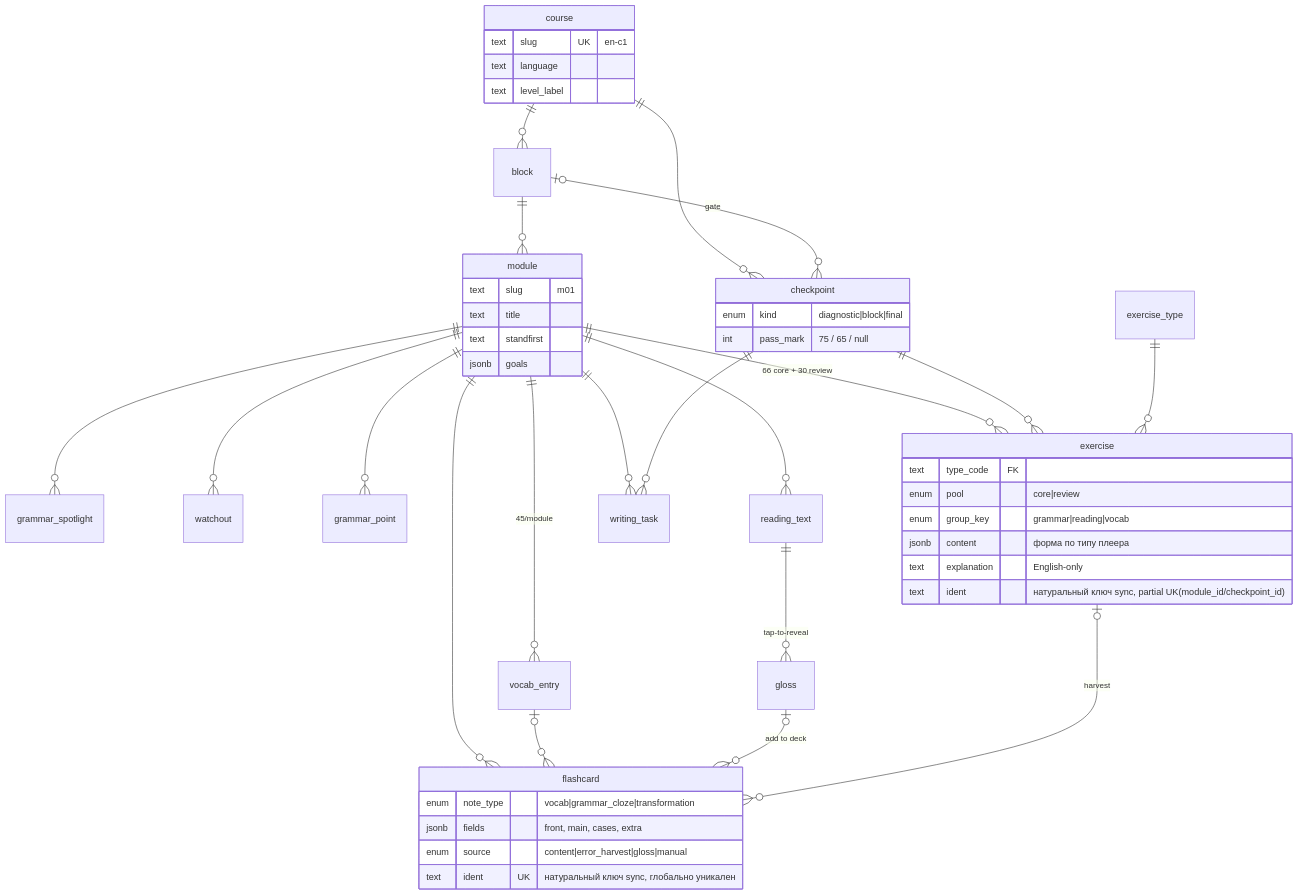
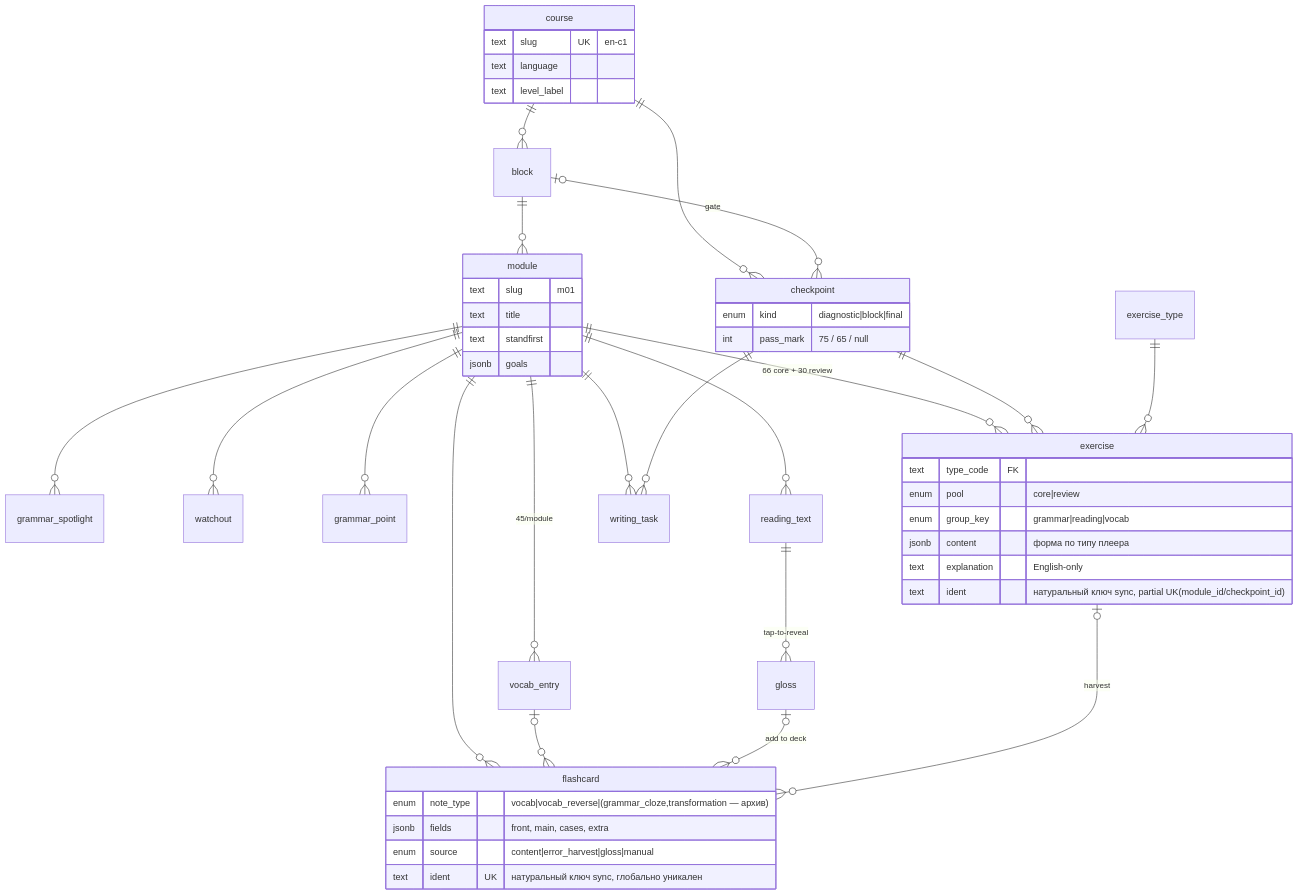
The first of 3 diagrams in docs/DATA-MODEL.md (TrivialJavaBackender/sky-rocket-english), drawn with Mermaid before and after one commit. The commit also changed other lines of this file and 53 other files, not shown here.

````diff
--- a/docs/DATA-MODEL.md
+++ b/docs/DATA-MODEL.md
@@ -17,52 +17,52 @@
 ```mermaid
 erDiagram
   course ||--o{ block : ""
   course ||--o{ checkpoint : ""
   block ||--o{ module : ""
   block |o--o{ checkpoint : "gate"
   module ||--o{ grammar_spotlight : ""
   module ||--o{ watchout : ""
   module ||--o{ grammar_point : ""
   module ||--o{ reading_text : ""
   reading_text ||--o{ gloss : "tap-to-reveal"
   module ||--o{ vocab_entry : "45/module"
   module ||--o{ exercise : "66 core + 30 review"
   checkpoint ||--o{ exercise : ""
   exercise_type ||--o{ exercise : ""
   module ||--o{ writing_task : ""
   checkpoint ||--o{ writing_task : ""
   module ||--o{ flashcard : ""
   vocab_entry |o--o{ flashcard : ""
   gloss |o--o{ flashcard : "add to deck"
   exercise |o--o{ flashcard : "harvest"
 
   course {
     text slug UK "en-c1"
     text language
     text level_label
   }
   module {
     text slug "m01"
     text title
     text standfirst
     jsonb goals
   }
   checkpoint {
     enum kind "diagnostic|block|final"
     int pass_mark "75 / 65 / null"
   }
   exercise {
     text type_code FK
     enum pool "core|review"
     enum group_key "grammar|reading|vocab"
     jsonb content "форма по типу плеера"
     text explanation "English-only"
     text ident "натуральный ключ sync, partial UK(module_id/checkpoint_id)"
   }
   flashcard {
-    enum note_type "vocab|grammar_cloze|transformation"
+    enum note_type "vocab|vocab_reverse|(grammar_cloze,transformation — архив)"
     jsonb fields "front, main, cases, extra"
     enum source "content|error_harvest|gloss|manual"
     text ident UK "натуральный ключ sync, глобально уникален"
   }
 ```
````
